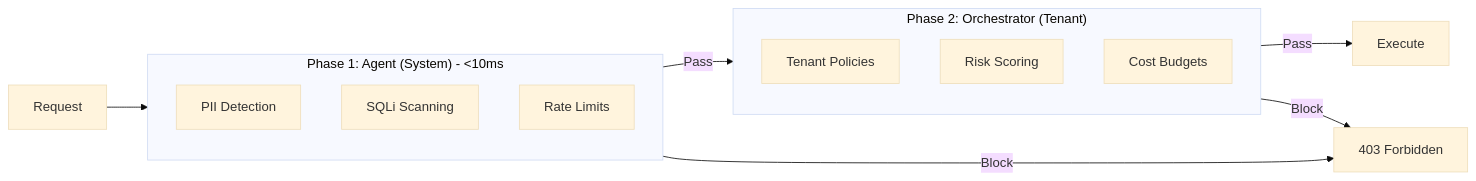
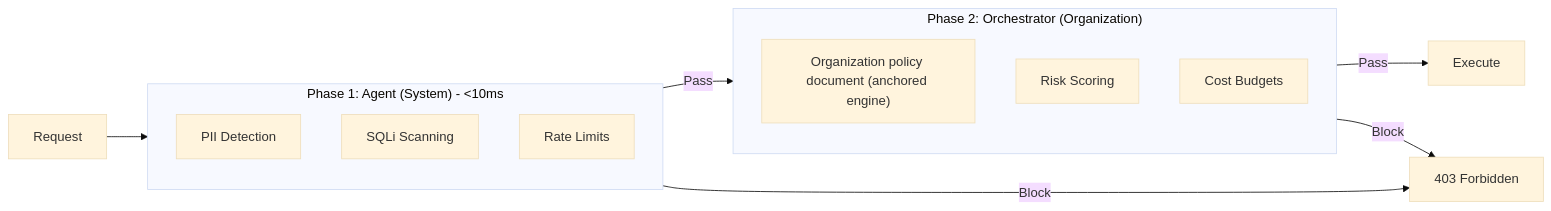
One commit to getaxonflow/axonflow changed the sixth of 6 diagrams in docs/ARCHITECTURE.md. Above: the diagram before and after it, drawn with Mermaid (base theme). The commit also changed other lines of this file and 1747 other files, not shown here.

````diff
--- a/docs/ARCHITECTURE.md
+++ b/docs/ARCHITECTURE.md
@@ -367,20 +367,20 @@
 ```mermaid
 flowchart LR
     subgraph Phase1["Phase 1: Agent (System) - <10ms"]
         PII[PII Detection]
         SQLi[SQLi Scanning]
         Rate[Rate Limits]
     end
 
-    subgraph Phase2["Phase 2: Orchestrator (Tenant)"]
-        Tenant[Tenant Policies]
+    subgraph Phase2["Phase 2: Orchestrator (Organization)"]
+        Tenant["Organization policy document (anchored engine)"]
         Risk[Risk Scoring]
         Cost[Cost Budgets]
     end
 
     Request --> Phase1
     Phase1 -->|Pass| Phase2
     Phase1 -->|Block| Deny[403 Forbidden]
     Phase2 -->|Pass| Execute[Execute]
     Phase2 -->|Block| Deny
 ```
````
